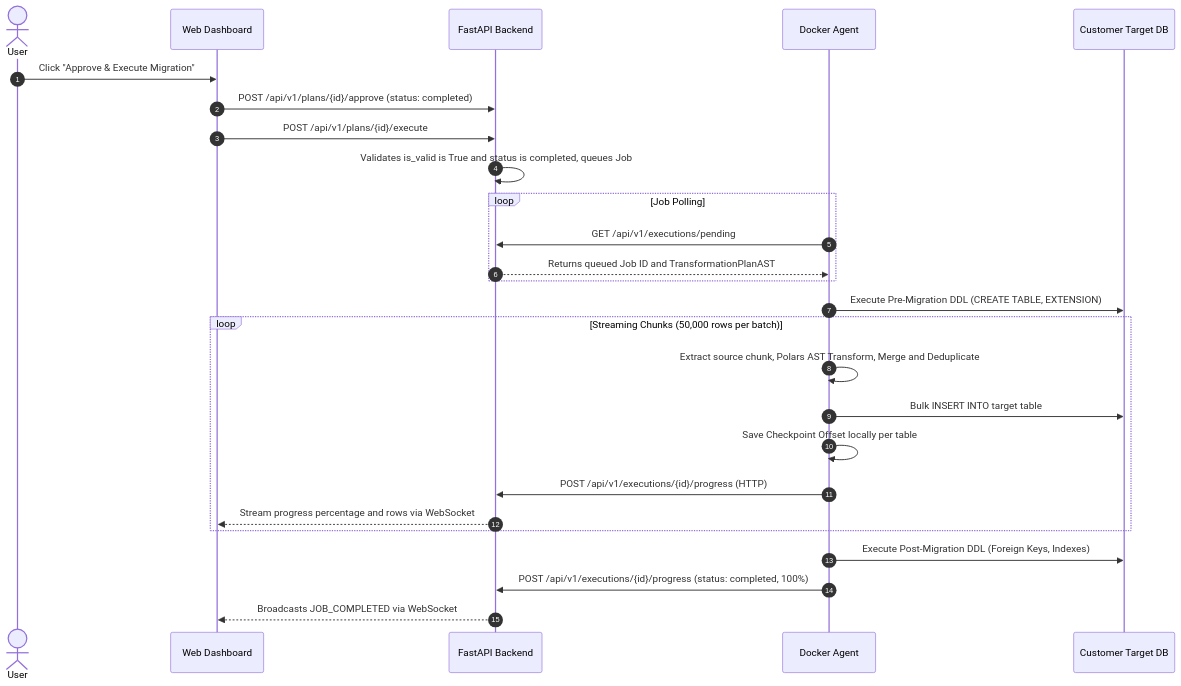
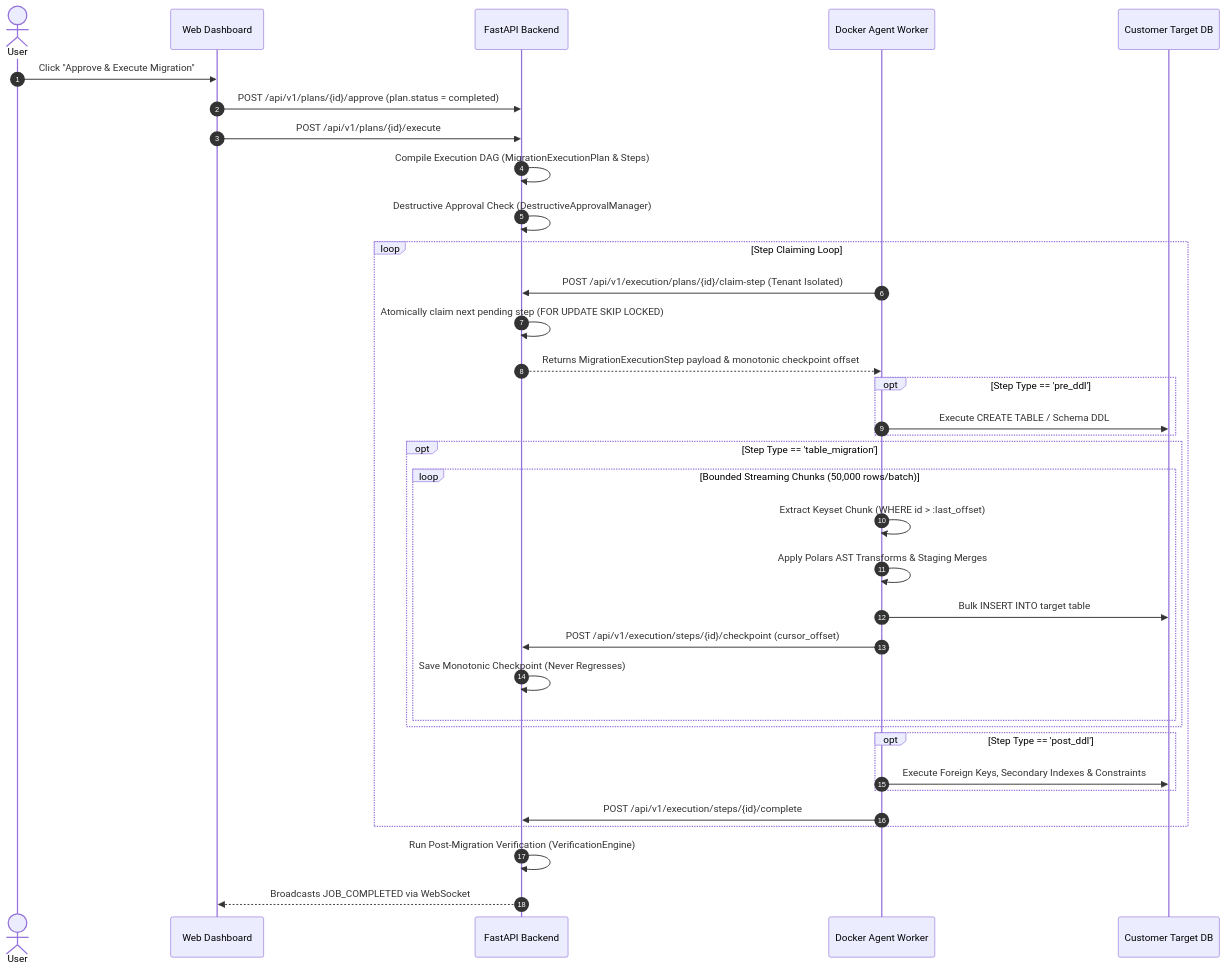
The fourth of 5 diagrams in docs/ARCHITECTURE.md (neelmaru123/migraflow), drawn with Mermaid before and after one commit. The commit also changed other lines of this file and 10 other files, not shown here.

````diff
--- a/docs/ARCHITECTURE.md
+++ b/docs/ARCHITECTURE.md
@@ -229,33 +237,44 @@
 ```mermaid
 sequenceDiagram
     autonumber
     actor User as User
     participant UI as Web Dashboard
     participant API as FastAPI Backend
-    participant Agent as Docker Agent
+    participant Agent as Docker Agent Worker
     participant TargetDB as Customer Target DB
 
     User->>UI: Click "Approve & Execute Migration"
-    UI->>API: POST /api/v1/plans/{id}/approve (status: completed)
+    UI->>API: POST /api/v1/plans/{id}/approve (plan.status = completed)
     UI->>API: POST /api/v1/plans/{id}/execute
-    API->>API: Validates is_valid is True and status is completed, queues Job
+    API->>API: Compile Execution DAG (MigrationExecutionPlan & Steps)
+    API->>API: Destructive Approval Check (DestructiveApprovalManager)
     
-    loop Job Polling
-        Agent->>API: GET /api/v1/executions/pending
-        API-->>Agent: Returns queued Job ID and TransformationPlanAST
+    loop Step Claiming Loop
+        Agent->>API: POST /api/v1/execution/plans/{id}/claim-step (Tenant Isolated)
+        API->>API: Atomically claim next pending step (FOR UPDATE SKIP LOCKED)
+        API-->>Agent: Returns MigrationExecutionStep payload & monotonic checkpoint offset
+        
+        opt Step Type == 'pre_ddl'
+            Agent->>TargetDB: Execute CREATE TABLE / Schema DDL
+        end
+        
+        opt Step Type == 'table_migration'
+            loop Bounded Streaming Chunks (50,000 rows/batch)
+                Agent->>Agent: Extract Keyset Chunk (WHERE id > :last_offset)
+                Agent->>Agent: Apply Polars AST Transforms & Staging Merges
+                Agent->>TargetDB: Bulk INSERT INTO target table
+                Agent->>API: POST /api/v1/execution/steps/{id}/checkpoint (cursor_offset)
+                API->>API: Save Monotonic Checkpoint (Never Regresses)
+            end
+        end
+        
+        opt Step Type == 'post_ddl'
+            Agent->>TargetDB: Execute Foreign Keys, Secondary Indexes & Constraints
+        end
+        
+        Agent->>API: POST /api/v1/execution/steps/{id}/complete
     end
     
-    Agent->>TargetDB: Execute Pre-Migration DDL (CREATE TABLE, EXTENSION)
-    
-    loop Streaming Chunks (50,000 rows per batch)
-        Agent->>Agent: Extract source chunk, Polars AST Transform, Merge and Deduplicate
-        Agent->>TargetDB: Bulk INSERT INTO target table
-        Agent->>Agent: Save Checkpoint Offset locally per table
-        Agent->>API: POST /api/v1/executions/{id}/progress (HTTP)
-        API-->>UI: Stream progress percentage and rows via WebSocket
-    end
-    
-    Agent->>TargetDB: Execute Post-Migration DDL (Foreign Keys, Indexes)
-    Agent->>API: POST /api/v1/executions/{id}/progress (status: completed, 100%)
+    API->>API: Run Post-Migration Verification (VerificationEngine)
     API-->>UI: Broadcasts JOB_COMPLETED via WebSocket
 ```
````
